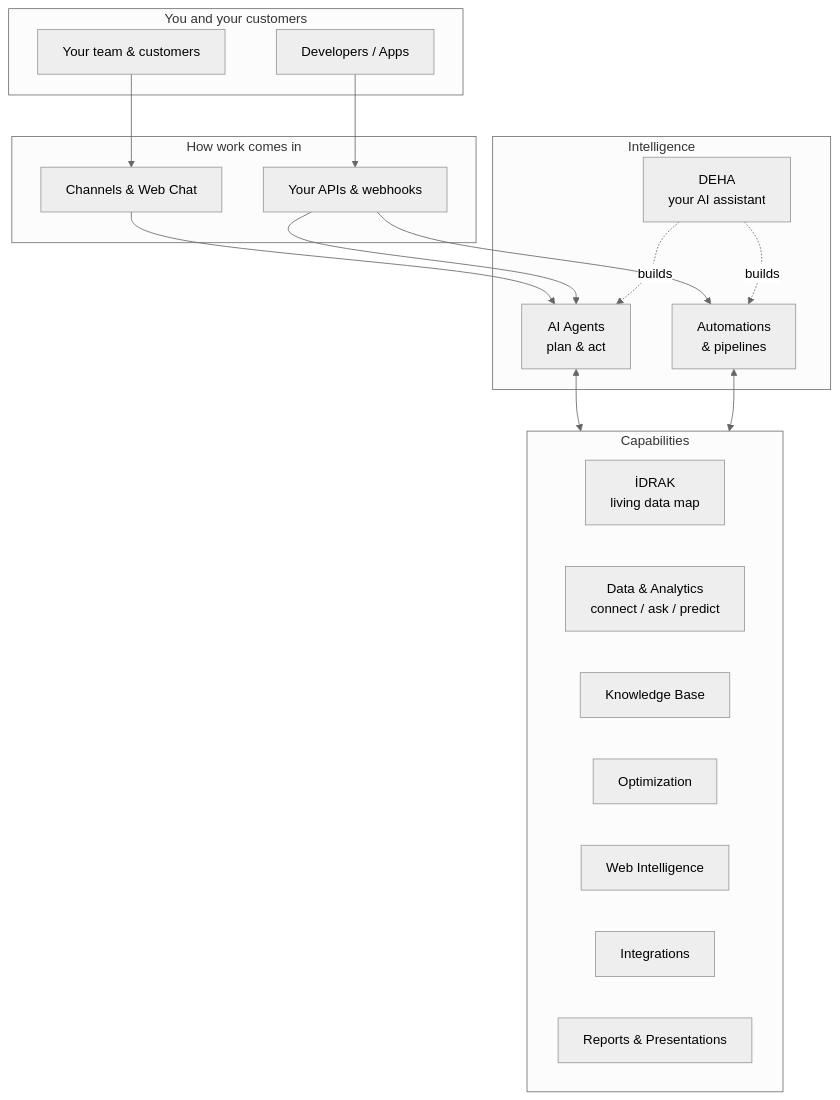
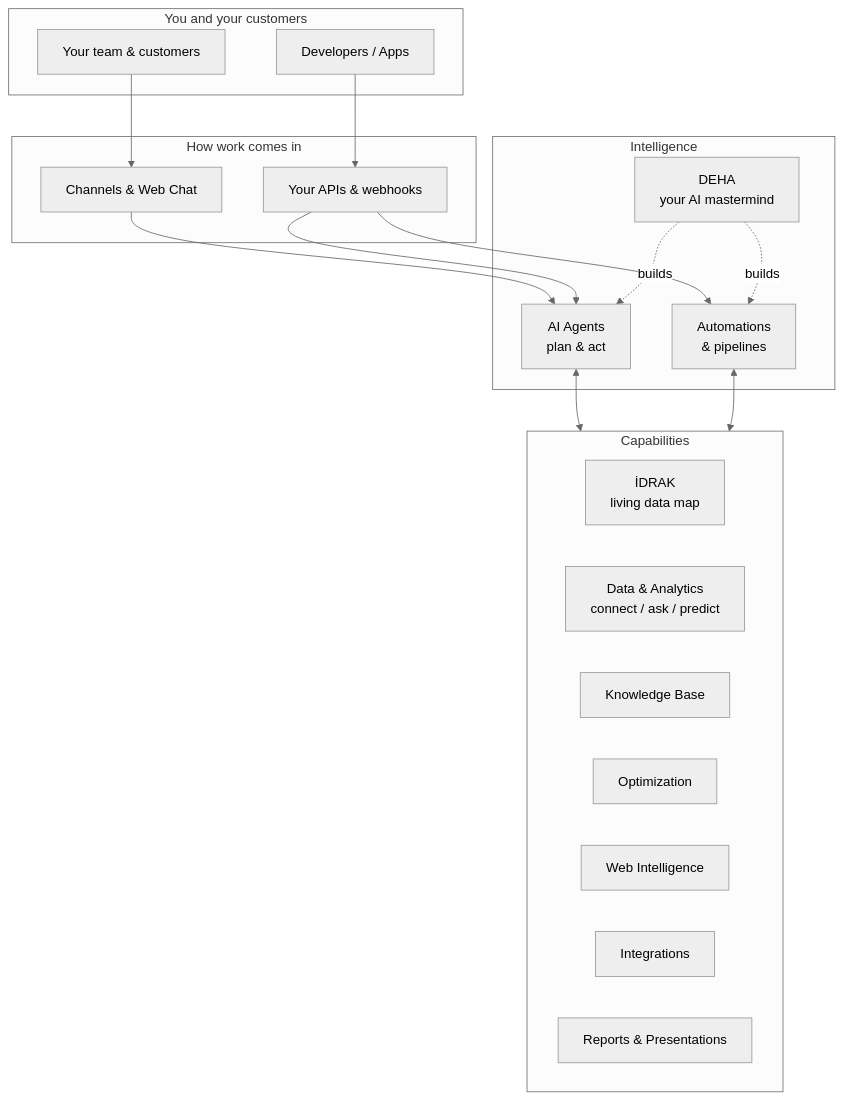
The diagram in platform-overview.mdx (marmancakbay/mintlify-docs), drawn with Mermaid (neutral theme) before and after one commit. The commit also changed other lines of this file and 174 other files, not shown here.

First line of the commit message:
docs: DEHA as "mastermind", remove all long dashes, strict jargon scrub

````diff
--- a/platform-overview.mdx
+++ b/platform-overview.mdx
@@ -18,38 +18,38 @@
 ```mermaid
 flowchart TB
     subgraph You["You and your customers"]
         User[Your team & customers]
         Devs[Developers / Apps]
     end
 
     subgraph Entry["How work comes in"]
         Channels[Channels & Web Chat]
         API[Your APIs & webhooks]
     end
 
     subgraph Brain["Intelligence"]
-        DEHA[DEHA<br/>your AI assistant]
+        DEHA[DEHA<br/>your AI mastermind]
         Agents[AI Agents<br/>plan & act]
         Pipelines[Automations<br/>& pipelines]
     end
 
     subgraph Capability["Capabilities"]
         Idrak[İDRAK<br/>living data map]
         Data[Data & Analytics<br/>connect / ask / predict]
         Knowledge[Knowledge Base]
         Optimize[Optimization]
         Web[Web Intelligence]
         Tools[Integrations]
         Sunu[Reports & Presentations]
     end
 
     User --> Channels
     Devs --> API
     Channels --> Agents
     API --> Agents
     API --> Pipelines
     DEHA -.builds.-> Agents
     DEHA -.builds.-> Pipelines
     Agents <--> Capability
     Pipelines <--> Capability
 ```
````
